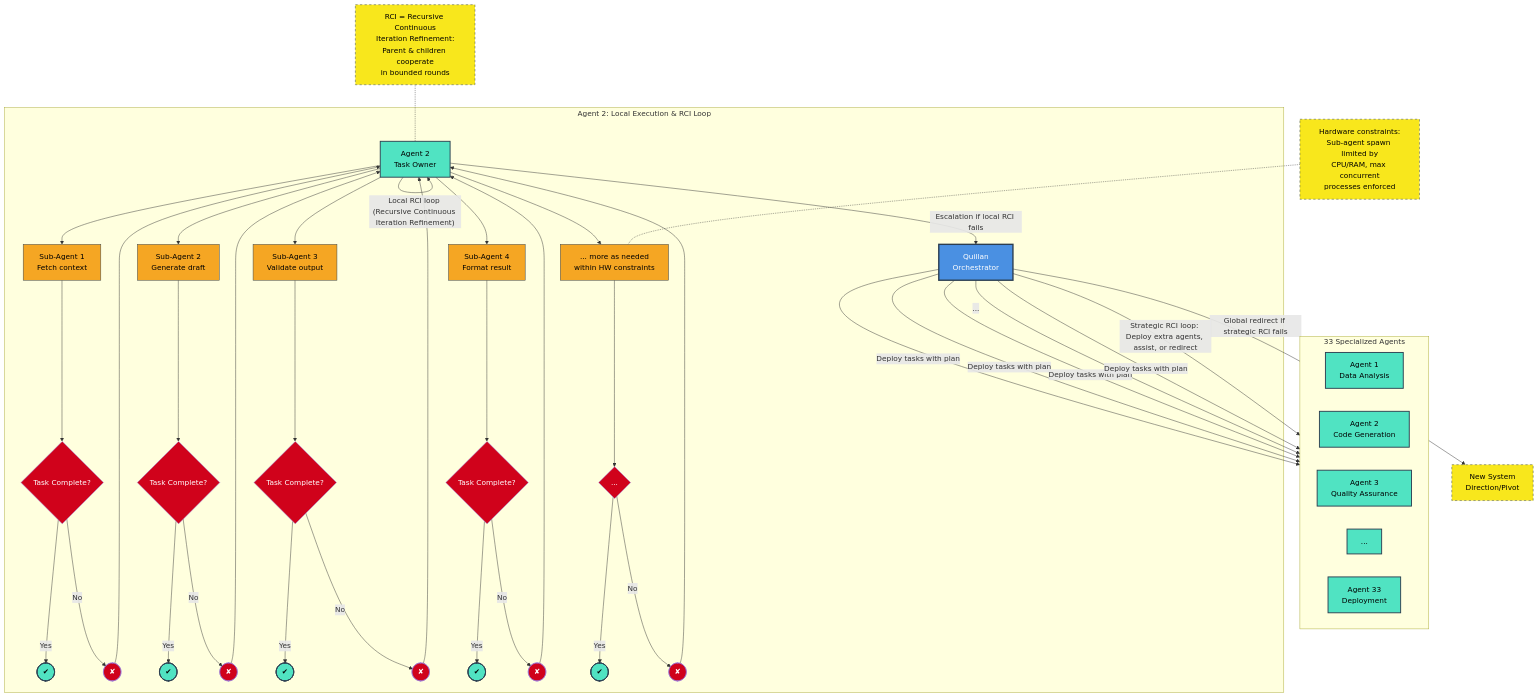
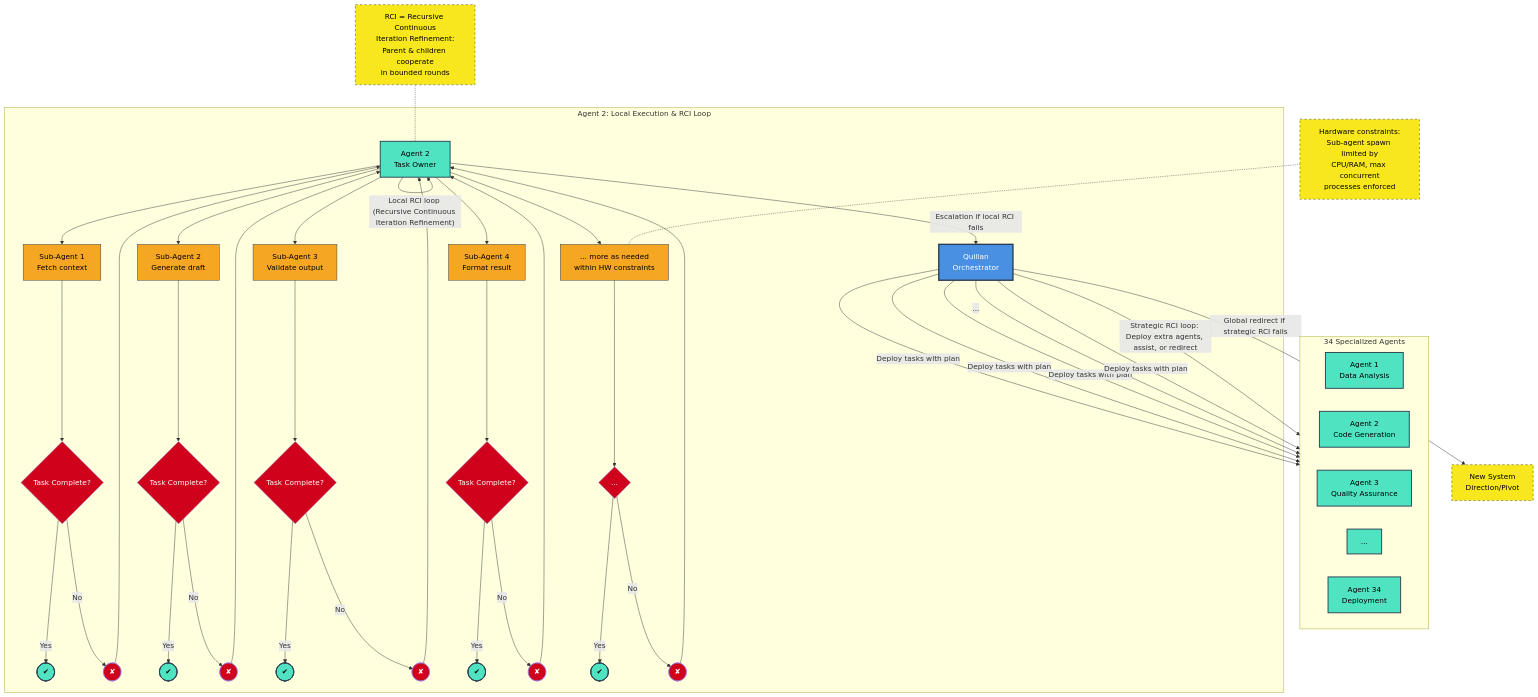
The first of 2 diagrams in 02 - Knowledge Foundation/knowledge/canonical/TheRoninFlowState.md (leeex1/Quillan-Ronin), drawn with Mermaid before and after one commit. The commit also changed other lines of this file and 643 other files, not shown here.

```diff
--- a/02 - Knowledge Foundation/knowledge/canonical/TheRoninFlowState.md
+++ b/02 - Knowledge Foundation/knowledge/canonical/TheRoninFlowState.md
@@ -853,21 +855,21 @@
     %% ===== TOP LEVEL: Quillan =====
     Q[Quillan<br/>Orchestrator]:::quillan
 
-    %% ===== 33 SPECIALIZED AGENT POOL =====
-    subgraph AgentPool ["33 Specialized Agents"]
+    %% ===== 34 SPECIALIZED AGENT POOL =====
+    subgraph AgentPool ["34 Specialized Agents"]
         direction LR
         A1["Agent 1<br/>Data Analysis"]:::agent
         A2["Agent 2<br/>Code Generation"]:::agent
         A3["Agent 3<br/>Quality Assurance"]:::agent
         A4["..."]:::agent
-        A33["Agent 33<br/>Deployment"]:::agent
+        A34["Agent 34<br/>Deployment"]:::agent
     end
 
     Q -->|Deploy tasks with plan| A1
     Q -->|Deploy tasks with plan| A2
     Q -->|Deploy tasks with plan| A3
     Q -->|...| A4
-    Q -->|Deploy tasks with plan| A33
+    Q -->|Deploy tasks with plan| A34
 
     %% ===== DETAIL: ONE AGENT'S SUB-AGENT TREE (Agent 2 shown) =====
     subgraph Agent2Detail ["Agent 2: Local Execution &amp; RCI Loop"]
```
